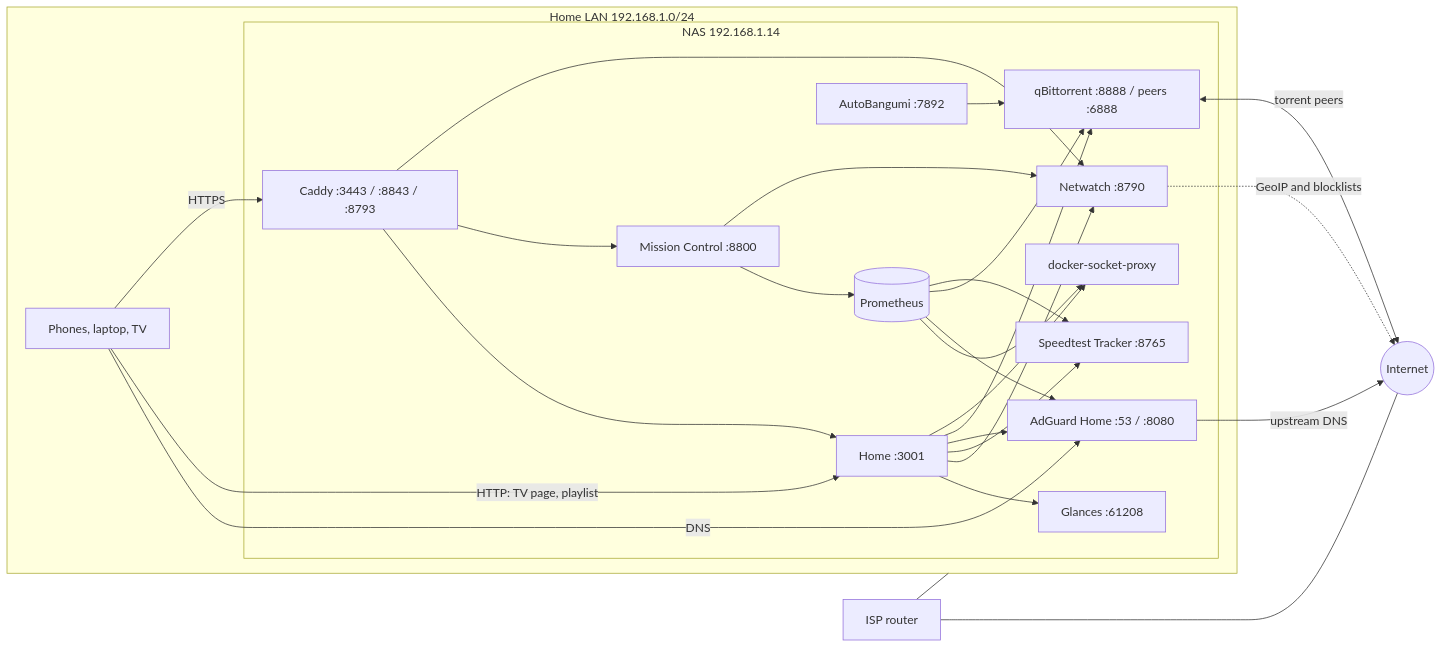
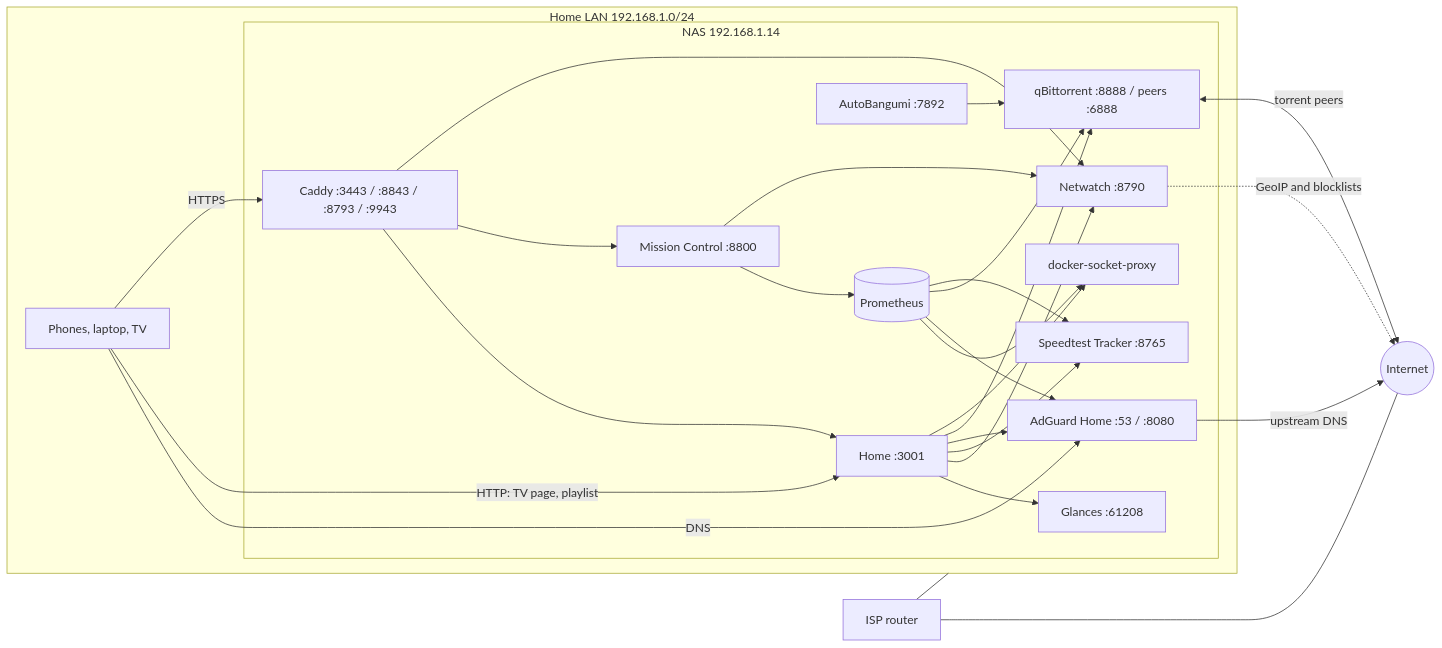
Before and after one commit to Achar0/nas-homelab: the diagram in README.md, drawn with Mermaid. The commit also changed other lines of this file and 1 other file, not shown here.

First line of the commit message:
Caddy: UGOS web UI over HTTPS on the Tailscale name (:9943) (#23)

````diff
--- a/README.md
+++ b/README.md
@@ -93,33 +93,33 @@
 ```mermaid
 flowchart LR
   subgraph LAN[Home LAN 192.168.1.0/24]
     Devices[Phones, laptop, TV] -- DNS --> AdGuard
     Devices -- "HTTP: TV page, playlist" --> Homepage
     Devices -- HTTPS --> Caddy
     subgraph NAS[NAS 192.168.1.14]
-      Caddy[Caddy :3443 / :8843 / :8793]
+      Caddy[Caddy :3443 / :8843 / :8793 / :9943]
       Caddy --> Homepage & MC & NW
       AdGuard[AdGuard Home :53 / :8080]
       Homepage[Home :3001]
       qBt[qBittorrent :8888 / peers :6888]
       AB[AutoBangumi :7892]
       Glances[Glances :61208]
       NW[Netwatch :8790]
       ST[Speedtest Tracker :8765]
       Proxy[docker-socket-proxy]
       MC[Mission Control :8800]
       Prom[(Prometheus)]
       Homepage --> Glances & NW & ST & AdGuard & qBt
       MC --> Prom
       MC --> NW
       Prom --> Proxy & AdGuard & qBt & ST
       Homepage --> Proxy
       AB --> qBt
     end
   end
   AdGuard -- upstream DNS --> Internet((Internet))
   qBt <-- torrent peers --> Internet
   NW -. GeoIP and blocklists .-> Internet
   Router[ISP router] --- LAN
   Router --- Internet
 ```
````
